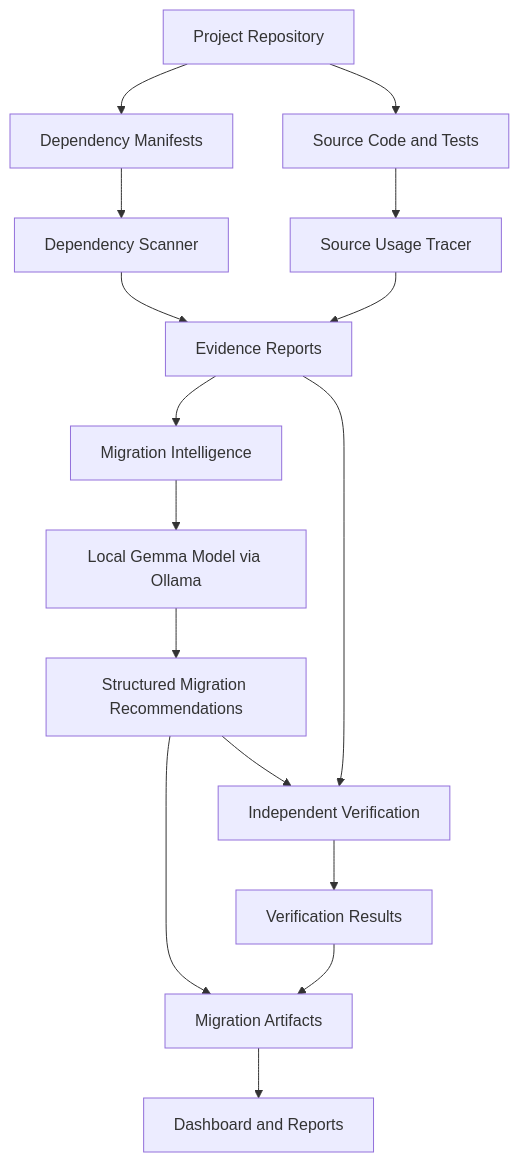
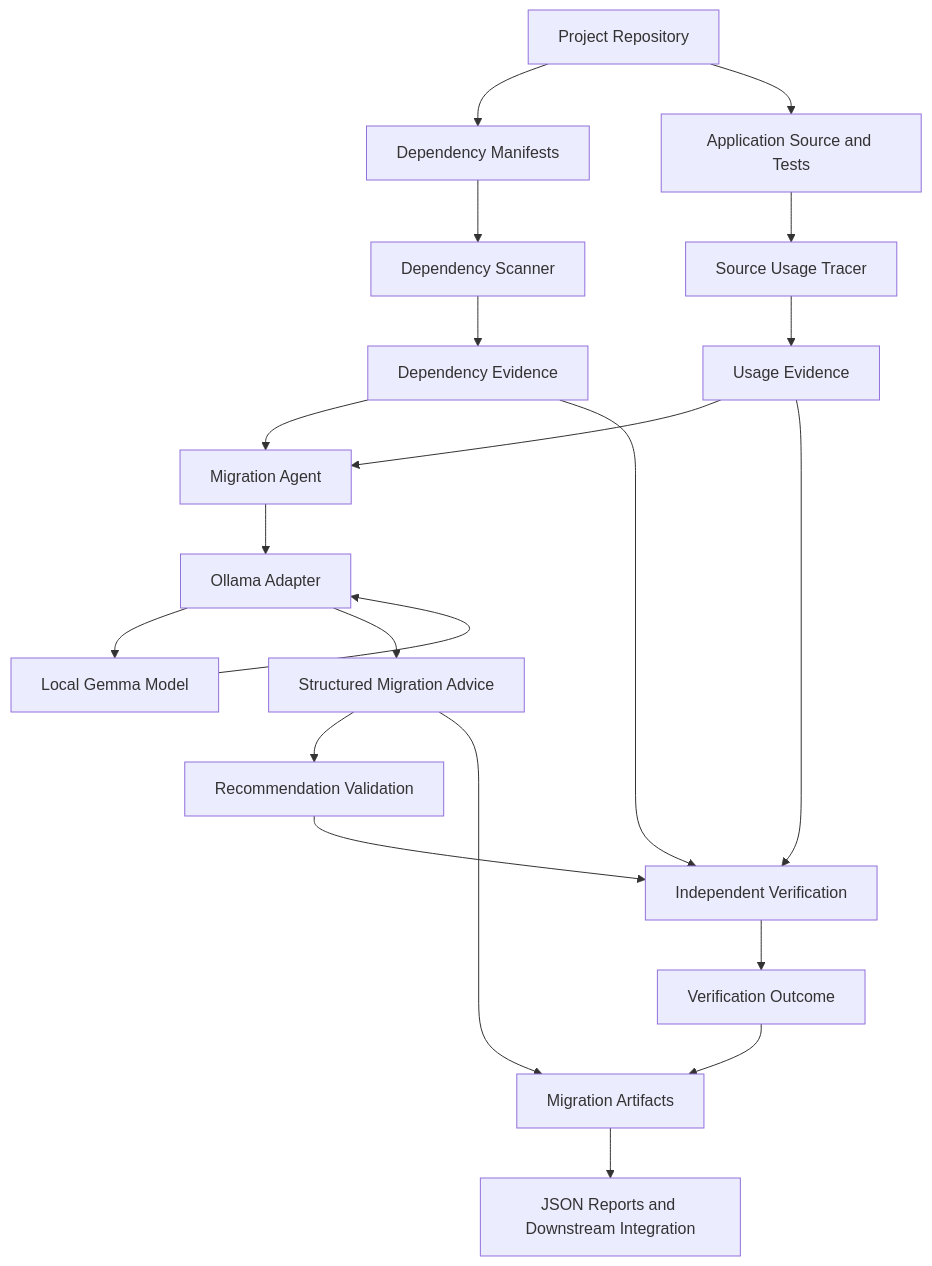
Before and after one commit to tejaswee-06/H26_TwoPointers_PatchProof: the second of 3 diagrams in README.md, drawn with Mermaid. The commit also changed other lines of this file, not shown here.

````diff
--- a/README.md
+++ b/README.md
@@ -61,24 +239,31 @@
 ```mermaid
 flowchart TD
     A["Project Repository"] --> B["Dependency Manifests"]
-    A --> C["Source Code and Tests"]
+    A --> C["Application Source and Tests"]
 
     B --> D["Dependency Scanner"]
     C --> E["Source Usage Tracer"]
 
-    D --> F["Evidence Reports"]
-    E --> F
+    D --> F["Dependency Evidence"]
+    E --> G["Usage Evidence"]
 
-    F --> G["Migration Intelligence"]
-    G --> H["Local Gemma Model via Ollama"]
-    H --> I["Structured Migration Recommendations"]
+    F --> H["Migration Agent"]
+    G --> H
 
-    I --> J["Independent Verification"]
-    F --> J
+    H --> I["Ollama Adapter"]
+    I --> J["Local Gemma Model"]
+    J --> I
 
-    J --> K["Verification Results"]
-    I --> L["Migration Artifacts"]
-    K --> L
+    I --> K["Structured Migration Advice"]
+    K --> L["Recommendation Validation"]
 
-    L --> M["Dashboard and Reports"]
+    F --> M["Independent Verification"]
+    G --> M
+    L --> M
+
+    M --> N["Verification Outcome"]
+    K --> O["Migration Artifacts"]
+    N --> O
+
+    O --> P["JSON Reports and Downstream Integration"]
 ```
````
